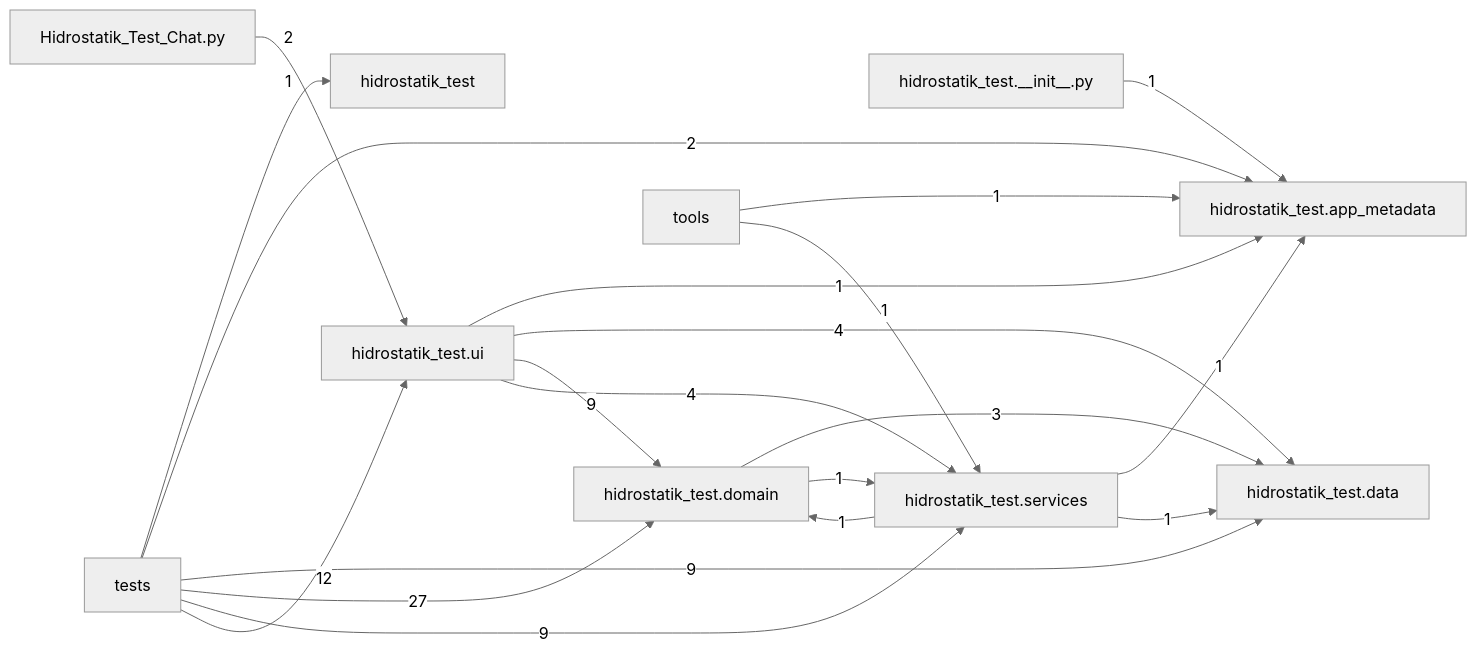
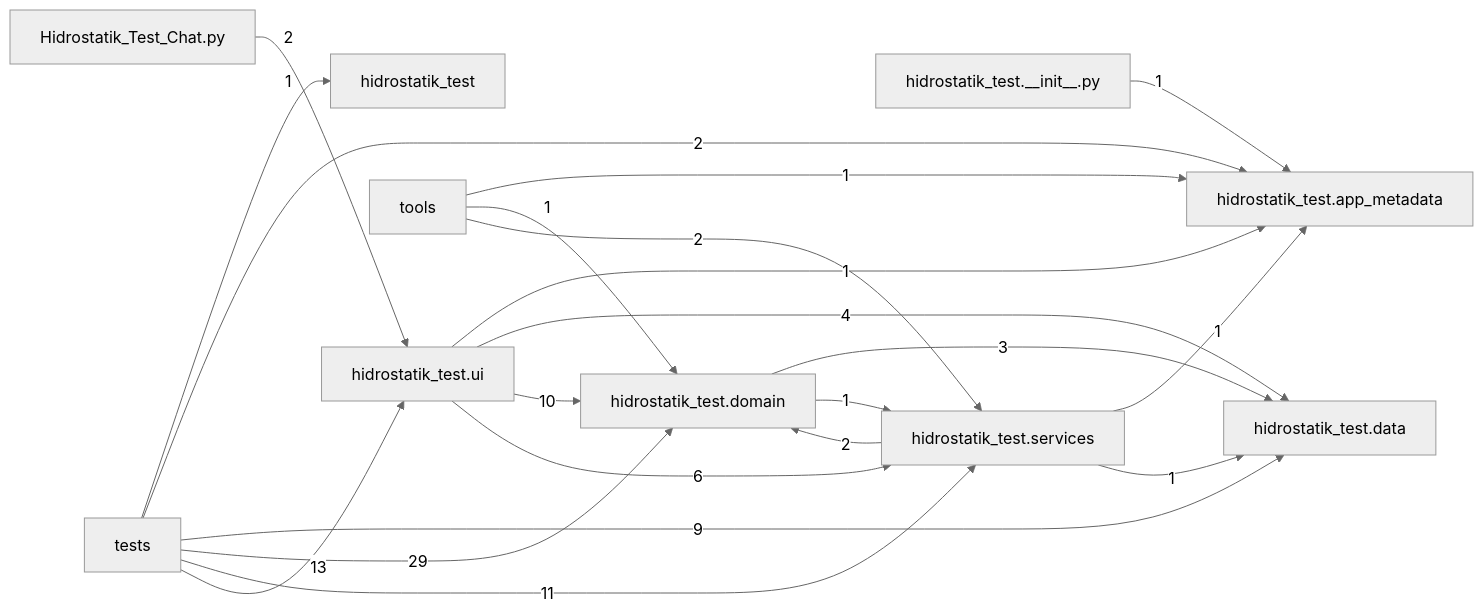
One commit to SLedgehammer-dev12/HYDRO changed the diagram in docs/codebase_map.md. Above: the diagram before and after it, drawn with Mermaid (neutral theme). The commit also changed other lines of this file and 22 other files, not shown here.

````diff
--- a/docs/codebase_map.md
+++ b/docs/codebase_map.md
@@ -200,32 +204,33 @@
 ```mermaid
 graph LR
     P0["Hidrostatik_Test_Chat.py"]
     P1["hidrostatik_test"]
     P2["hidrostatik_test.__init__.py"]
     P3["hidrostatik_test.app_metadata"]
     P4["hidrostatik_test.data"]
     P5["hidrostatik_test.domain"]
     P6["hidrostatik_test.services"]
     P7["hidrostatik_test.ui"]
     P8["tests"]
     P9["tools"]
     P0 -->|2| P7
     P2 -->|1| P3
     P5 -->|3| P4
     P5 -->|1| P6
     P6 -->|1| P3
     P6 -->|1| P4
-    P6 -->|1| P5
+    P6 -->|2| P5
     P7 -->|1| P3
     P7 -->|4| P4
-    P7 -->|9| P5
-    P7 -->|4| P6
+    P7 -->|10| P5
+    P7 -->|6| P6
     P8 -->|1| P1
     P8 -->|2| P3
     P8 -->|9| P4
-    P8 -->|27| P5
-    P8 -->|9| P6
-    P8 -->|12| P7
+    P8 -->|29| P5
+    P8 -->|11| P6
+    P8 -->|13| P7
     P9 -->|1| P3
-    P9 -->|1| P6
+    P9 -->|1| P5
+    P9 -->|2| P6
 ```
````
